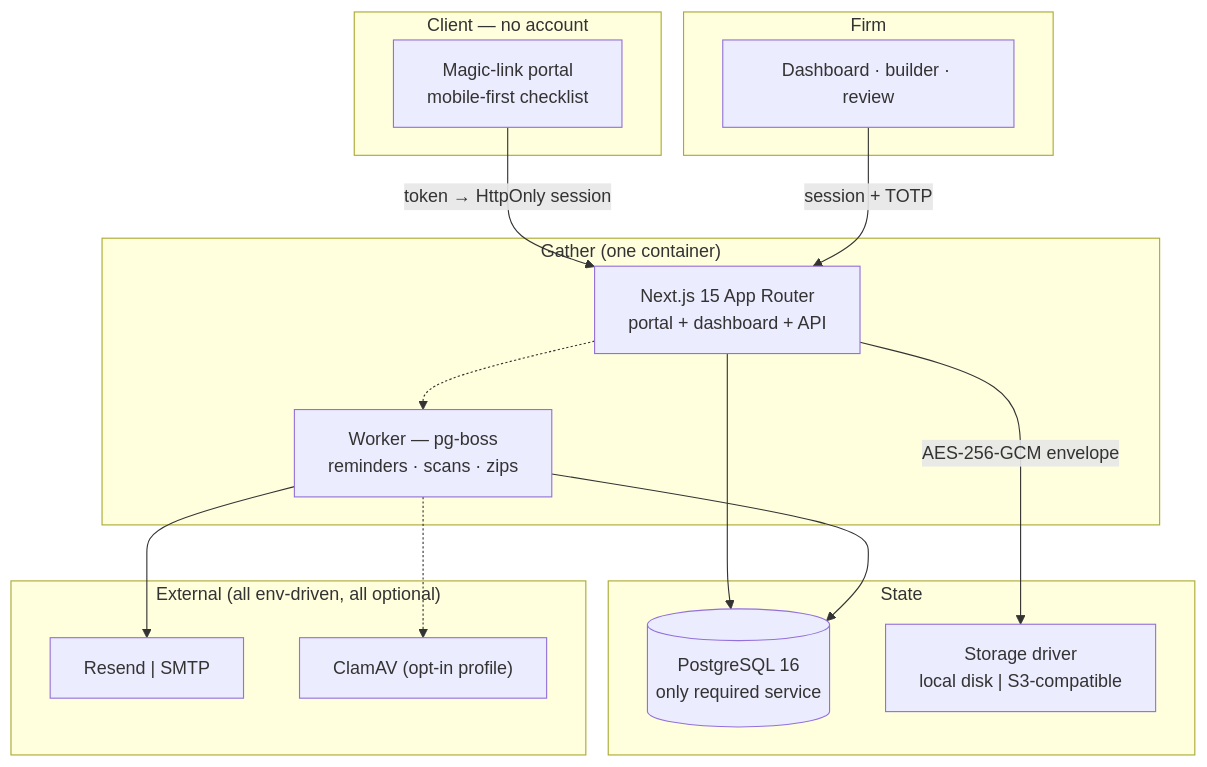
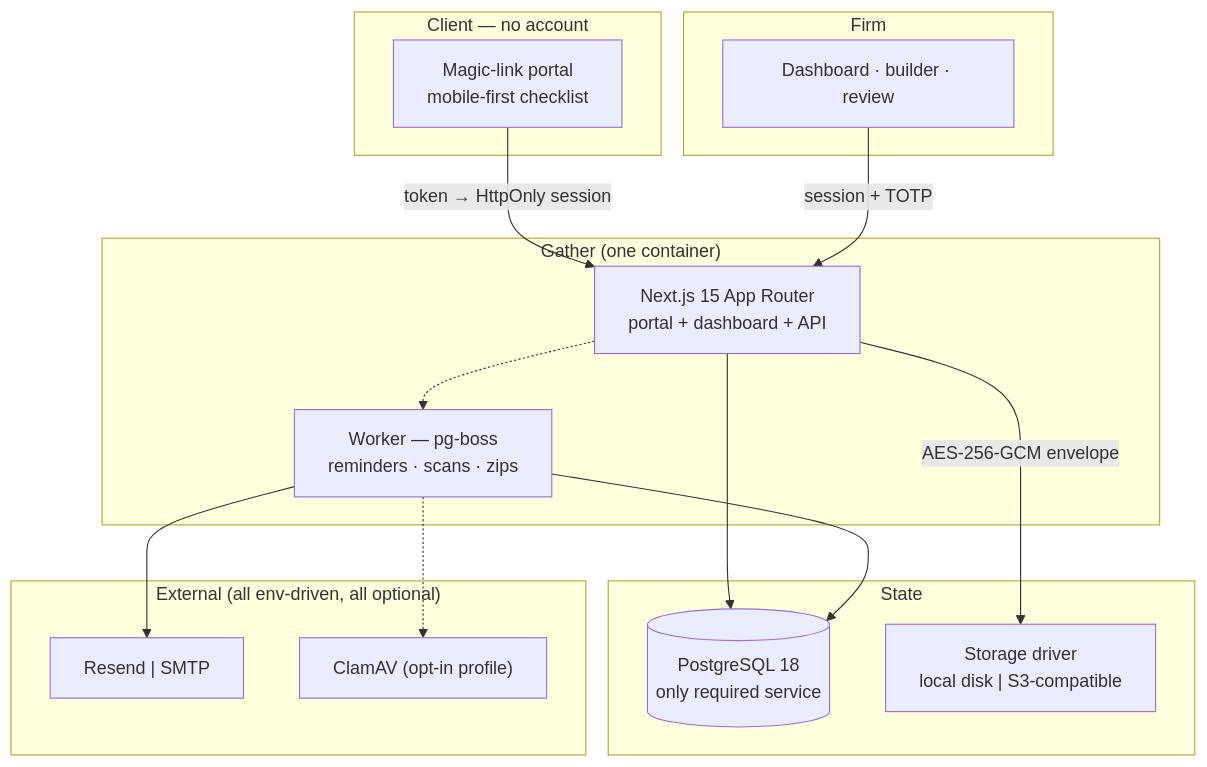
The diagram in plan.md (seziro-team/gather), drawn with Mermaid before and after one commit. The commit also changed other lines of this file, not shown here.

````diff
--- a/plan.md
+++ b/plan.md
@@ -242,29 +242,29 @@
 ```mermaid
 flowchart TB
     subgraph client["Client — no account"]
         P["Magic-link portal<br/>mobile-first checklist"]
     end
     subgraph firm["Firm"]
         D["Dashboard · builder · review"]
     end
     subgraph app["Gather (one container)"]
         W["Next.js 15 App Router<br/>portal + dashboard + API"]
         K["Worker — pg-boss<br/>reminders · scans · zips"]
     end
     subgraph data["State"]
-        PG[("PostgreSQL 16<br/>only required service")]
+        PG[("PostgreSQL 18<br/>only required service")]
         ST["Storage driver<br/>local disk | S3-compatible"]
     end
     subgraph ext["External (all env-driven, all optional)"]
         M["Resend | SMTP"]
         CV["ClamAV (opt-in profile)"]
     end
     P -->|"token → HttpOnly session"| W
     D -->|"session + TOTP"| W
     W --> PG
     W -->|"AES-256-GCM envelope"| ST
     K --> PG
     K --> M
     K -.-> CV
     W -.-> K
 ```
````
